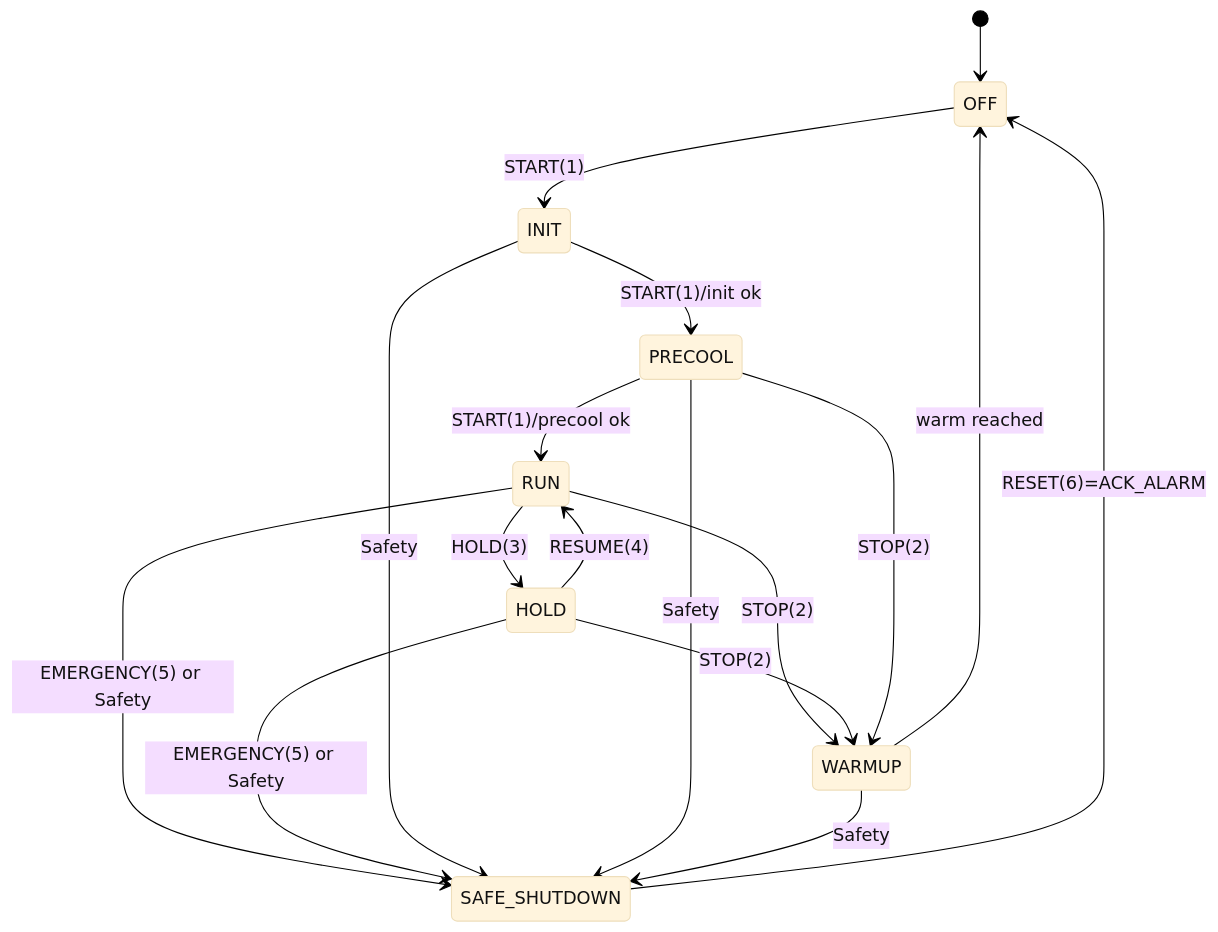
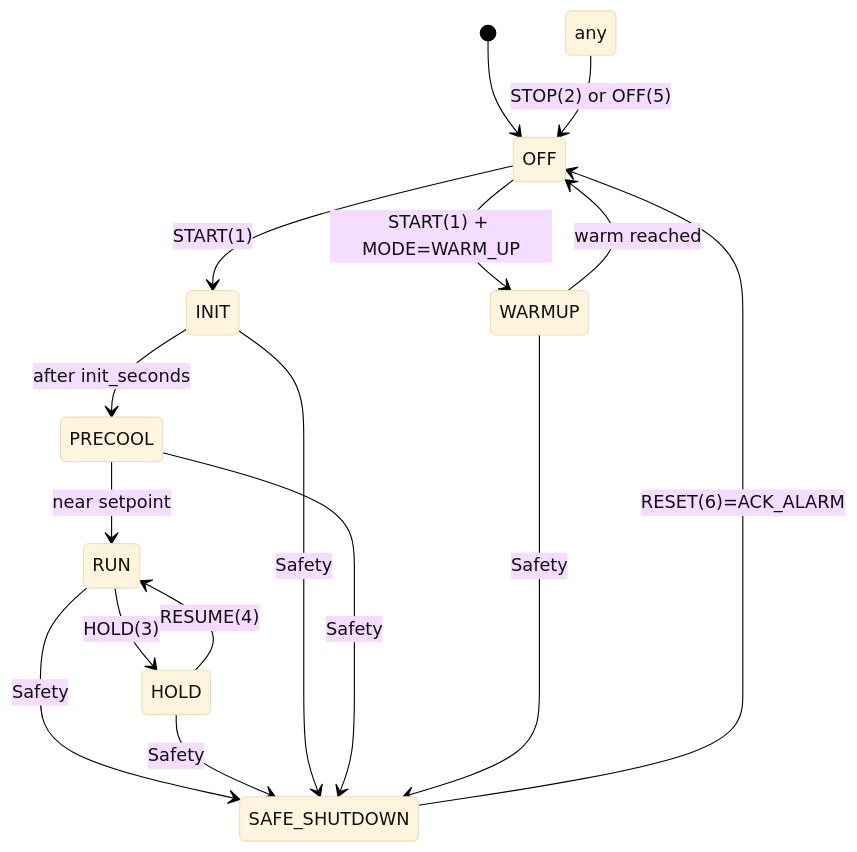
The diagram in docs/mermaid/SystemState.mmd (verysys-pal/DCM_CCV2), drawn with Mermaid before and after one commit. The commit also changed 30 other files, not shown here.

```diff
--- a/docs/mermaid/SystemState.mmd
+++ b/docs/mermaid/SystemState.mmd
@@ -1,24 +1,26 @@
 %%{init: {"theme":"base","themeVariables":{
 "background":"#ffffff",
 "primaryTextColor":"#111111"
 }}}%%
 
 stateDiagram-v2
   [*] --> OFF
+  %% Start paths
+  OFF --> WARMUP: START(1) + MODE=WARM_UP
   OFF --> INIT: START(1)
-  INIT --> PRECOOL: START(1)/init ok
-  PRECOOL --> RUN: START(1)/precool ok
+  INIT --> PRECOOL: after init_seconds
+  PRECOOL --> RUN: near setpoint
+  %% Hold/Resume
   RUN --> HOLD: HOLD(3)
   HOLD --> RUN: RESUME(4)
-  RUN --> WARMUP: STOP(2)
-  HOLD --> WARMUP: STOP(2)
-  PRECOOL --> WARMUP: STOP(2)
+  %% Stop/Off
+  any --> OFF: STOP(2) or OFF(5)
   WARMUP --> OFF: warm reached
   
   state SAFE_SHUTDOWN
-  RUN --> SAFE_SHUTDOWN: EMERGENCY(5) or Safety
-  HOLD --> SAFE_SHUTDOWN: EMERGENCY(5) or Safety
+  RUN --> SAFE_SHUTDOWN: Safety
+  HOLD --> SAFE_SHUTDOWN: Safety
   INIT --> SAFE_SHUTDOWN: Safety
   PRECOOL --> SAFE_SHUTDOWN: Safety
   WARMUP --> SAFE_SHUTDOWN: Safety
   SAFE_SHUTDOWN --> OFF: RESET(6)=ACK_ALARM
```
